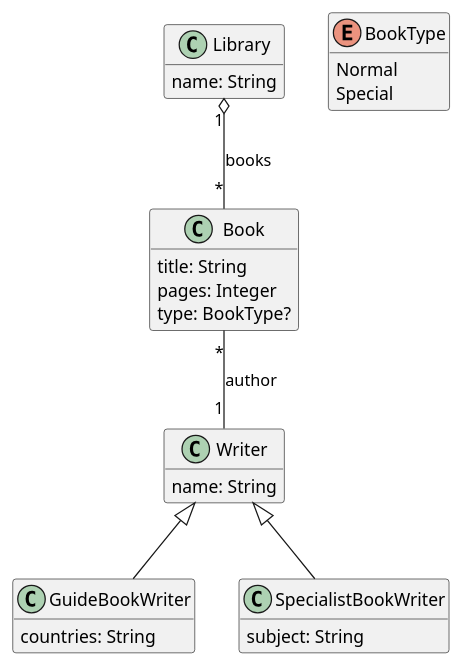
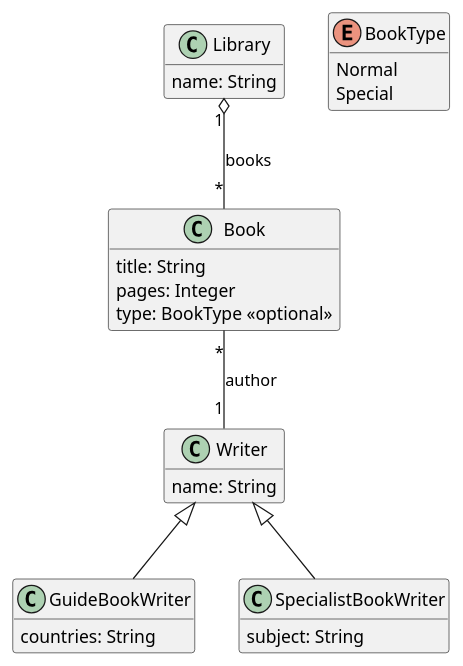
One commit to LionWeb-io/lionweb-typescript changed the diagram in diagrams/library-gen.puml. Above: the diagram before and after it, drawn with PlantUML. The commit also changed 6 other files, not shown here.

```diff
--- a/diagrams/library-gen.puml
+++ b/diagrams/library-gen.puml
@@ -1,45 +1,45 @@
 @startuml
 hide empty members
 
 ' qualified name: "library"
 
 
 class Book {
   title: String
   pages: Integer
-  type: BookType?
+  type: BookType <<optional>>
 }
 
 enum BookType {
   Normal
   Special
 }
 
 class GuideBookWriter extends Writer {
   countries: String
 }
 
 class Library {
   name: String
 }
 
 class SpecialistBookWriter extends Writer {
   subject: String
 }
 
 class Writer {
   name: String
 }
 
 
 
 ' relations:
 
 Book "*" -- "1" Writer: author
 
 
 Library "1" o-- "*" Book: books
 
 
 
 @enduml
```
